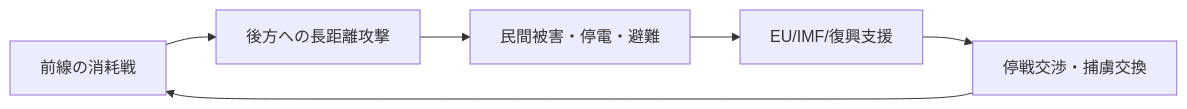
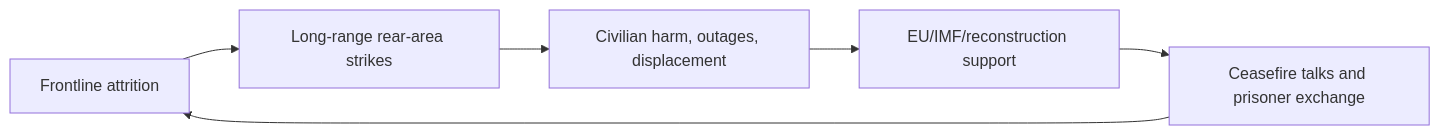
One commit to daylight55/research changed the diagram in content/blog/en/ukraine-russia-war-current-status.mdx. Above: the diagram before and after it, drawn with Mermaid. The commit also changed 26 other files, not shown here.

Commit message:
Translate English Mermaid labels

````diff
--- a/content/blog/en/ukraine-russia-war-current-status.mdx
+++ b/content/blog/en/ukraine-russia-war-current-status.mdx
@@ -27,8 +27,8 @@
 ```mermaid
 flowchart LR
-    Front[前線の消耗戦] --> Strikes[後方への長距離攻撃]
-    Strikes --> Civilians[民間被害・停電・避難]
-    Civilians --> Support[EU/IMF/復興支援]
-    Support --> Talks[停戦交渉・捕虜交換]
+    Front[Frontline attrition] --> Strikes[Long-range rear-area strikes]
+    Strikes --> Civilians[Civilian harm, outages, displacement]
+    Civilians --> Support[EU/IMF/reconstruction support]
+    Support --> Talks[Ceasefire talks and prisoner exchange]
     Talks --> Front
 ```
````
